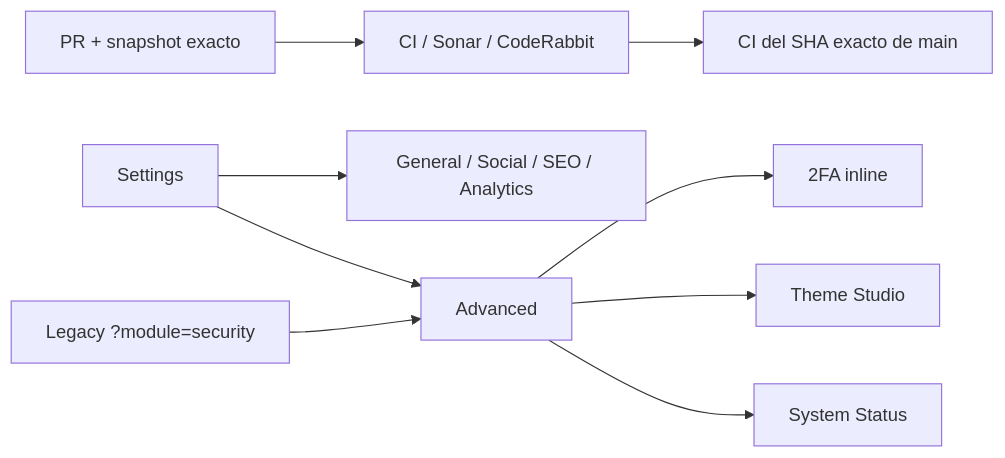
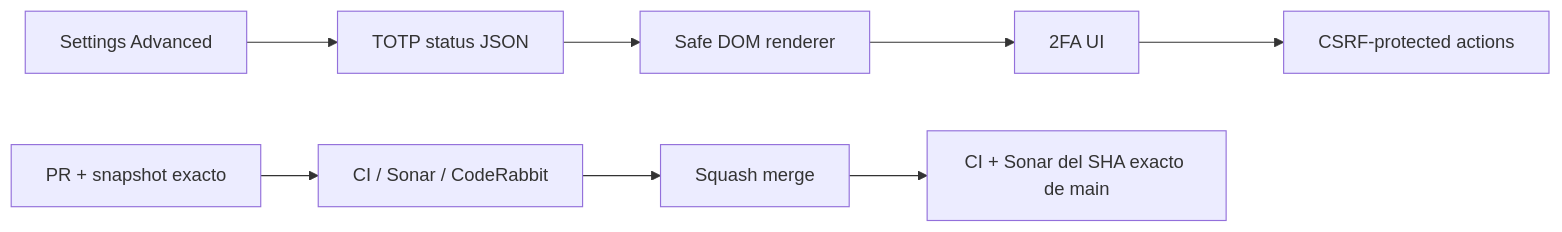
The diagram in README.md (pl0n3r/brvtal), drawn with Mermaid before and after one commit. The commit also changed other lines of this file and 8 other files, not shown here.

Commit message:
security: render embedded 2FA from JSON

````diff
--- a/README.md
+++ b/README.md
@@ -49,11 +49,10 @@
 ```mermaid
 flowchart LR
  P["PR + snapshot exacto"] --> Q["CI / Sonar / CodeRabbit"]
- Q --> X["CI del SHA exacto de main"]
- A["Settings"] --> G["General / Social / SEO / Analytics"]
- A --> V["Advanced"]
- V --> S["2FA inline"]
- V --> T["Theme Studio"]
- V --> O["System Status"]
- L["Legacy ?module=security"] --> V
+ A["Settings Advanced"] --> J["TOTP status JSON"]
+ J --> D["Safe DOM renderer"]
+ D --> U["2FA UI"]
+ U --> C["CSRF-protected actions"]
+ Q --> M["Squash merge"]
+ M --> X["CI + Sonar del SHA exacto de main"]
 ```
````
